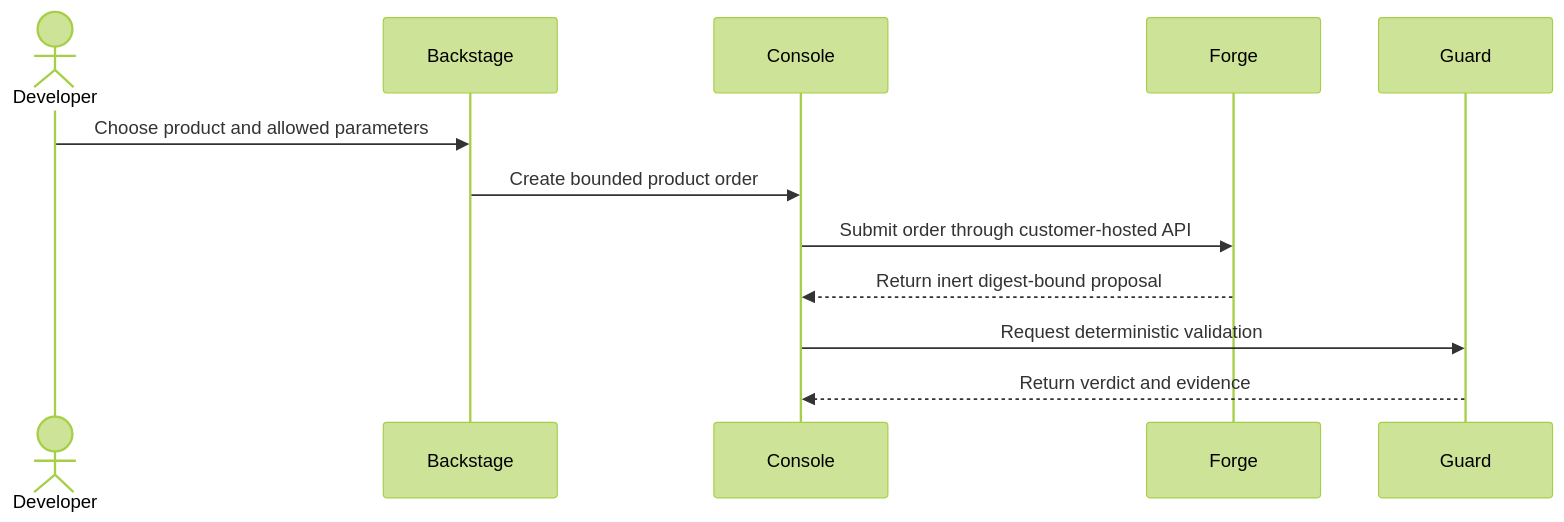
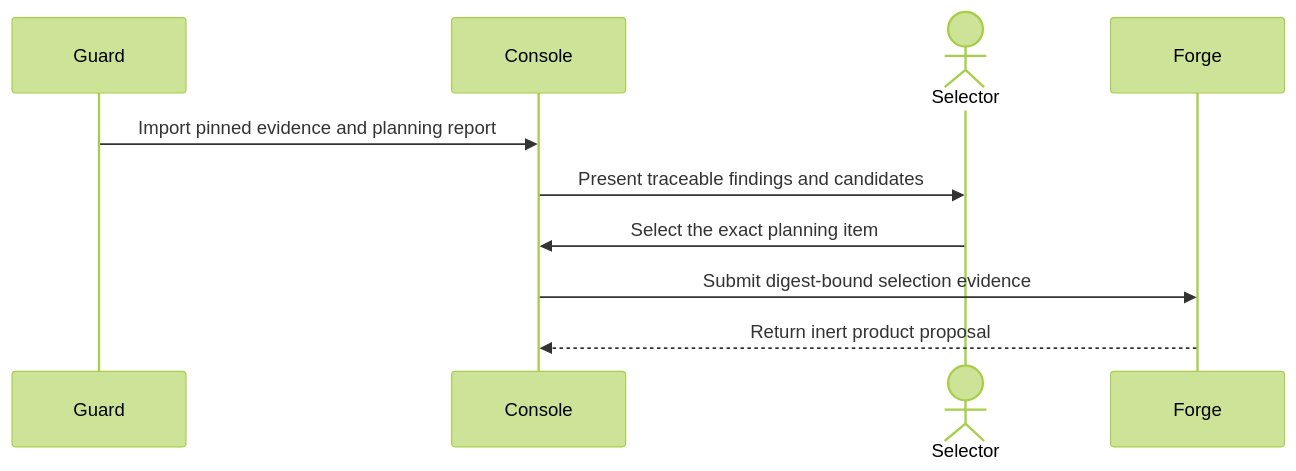
One commit to InfrastructureProductWorks/ai-powered-infrastructure-as-a-product changed the third of 5 diagrams in docs/PRODUCT-ARCHITECTURE.md. Above: the diagram before and after it, drawn with Mermaid (forest theme). The commit also changed other lines of this file, not shown here.

````diff
--- a/docs/PRODUCT-ARCHITECTURE.md
+++ b/docs/PRODUCT-ARCHITECTURE.md
@@ -163,15 +184,13 @@
 ```mermaid
 sequenceDiagram
-  actor Developer
-  participant Backstage
+  participant Guard
   participant Console
+  actor Selector
   participant Forge
-  participant Guard
 
-  Developer->>Backstage: Choose product and allowed parameters
-  Backstage->>Console: Create bounded product order
-  Console->>Forge: Submit order through customer-hosted API
-  Forge-->>Console: Return inert digest-bound proposal
-  Console->>Guard: Request deterministic validation
-  Guard-->>Console: Return verdict and evidence
+  Guard->>Console: Import pinned evidence and planning report
+  Console->>Selector: Present traceable findings and candidates
+  Selector->>Console: Select the exact planning item
+  Console->>Forge: Submit digest-bound selection evidence
+  Forge-->>Console: Return inert product proposal
 ```
````
